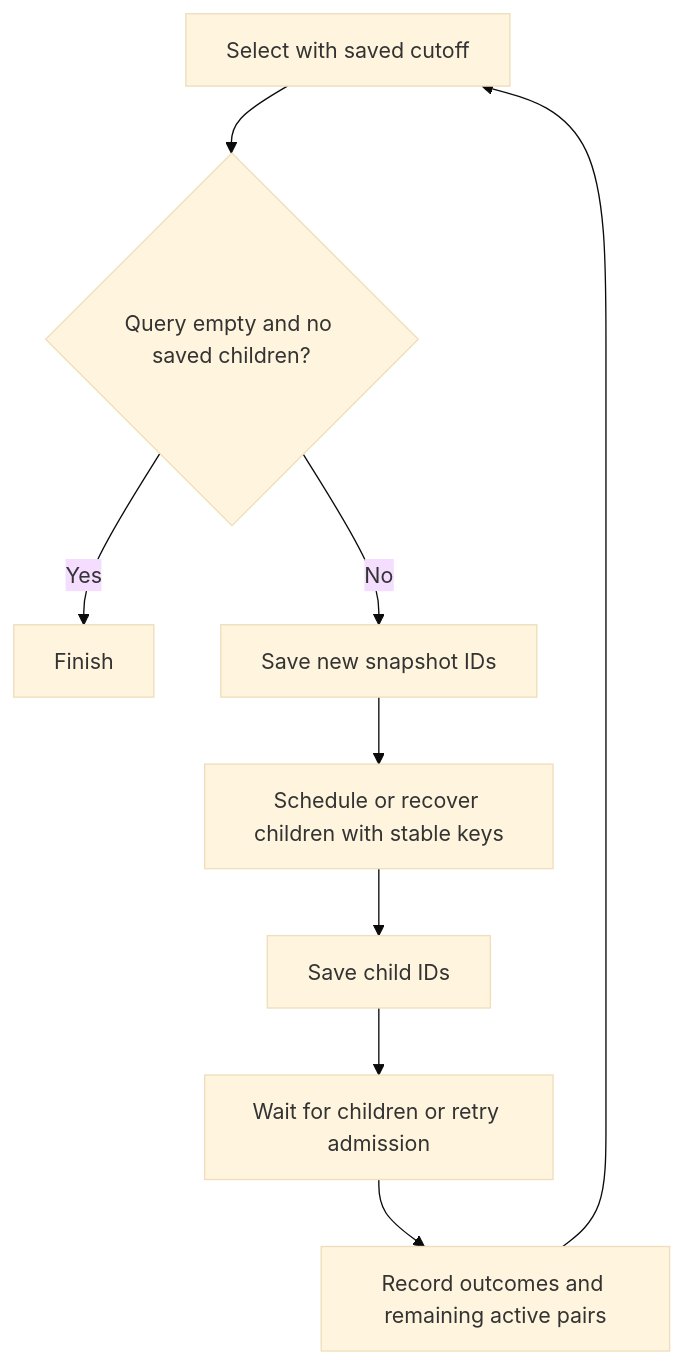
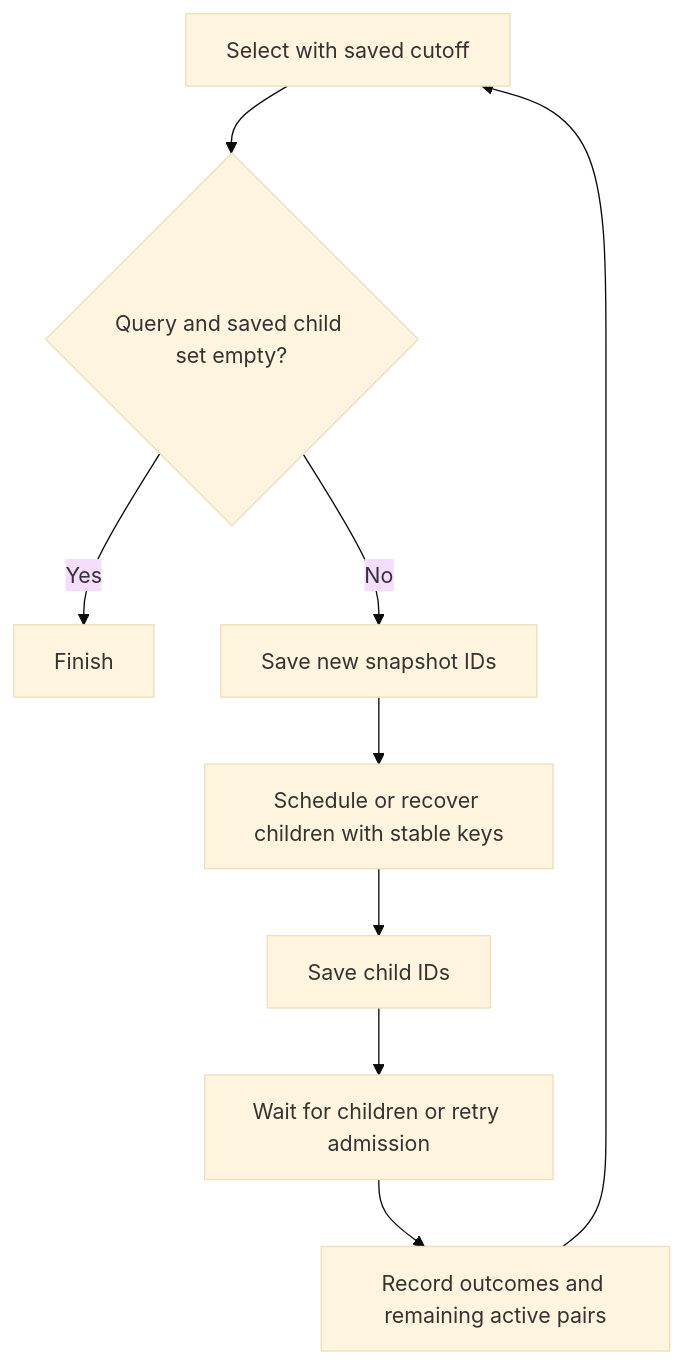
One commit to ydb-platform/nbs changed the tenth of 10 diagrams in doc/disk_manager/chunk_storage/design_doc.md. Above: the diagram before and after it, drawn with Mermaid (base theme). The commit also changed other lines of this file, not shown here.

````diff
--- a/doc/disk_manager/chunk_storage/design_doc.md
+++ b/doc/disk_manager/chunk_storage/design_doc.md
@@ -389,11 +385,11 @@
 ```mermaid
 flowchart TD
-    Select[Select with saved cutoff] --> Done{Query empty and no saved children?}
+    Select[Select with saved cutoff] --> Done{Query and saved child set empty?}
     Done -->|Yes| Finish[Finish]
     Done -->|No| Save[Save new snapshot IDs]
     Save --> Schedule[Schedule or recover children with stable keys]
     Schedule --> IDs[Save child IDs]
     IDs --> Wait[Wait for children or retry admission]
     Wait --> Update[Record outcomes and remaining active pairs]
     Update --> Select
 ```
````
